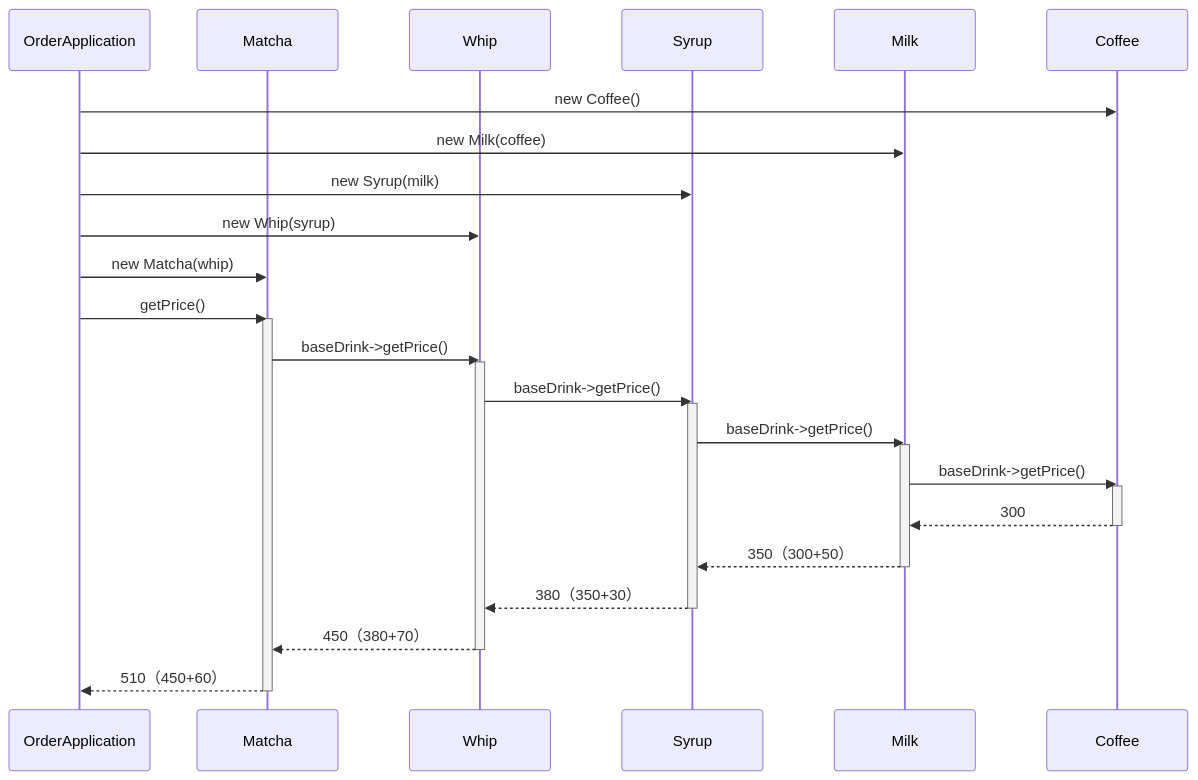
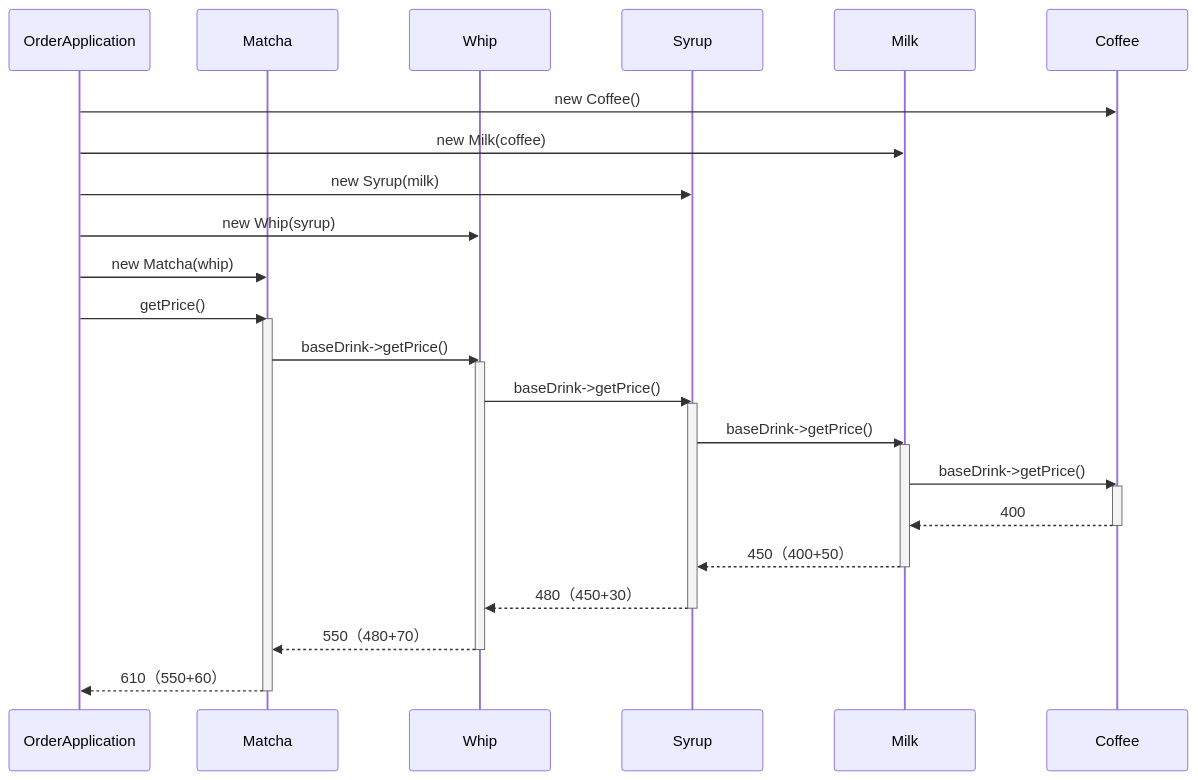
One commit to kumachan1101-pixel/DesignPattern changed the fourth of 6 diagrams in kindle/design-patterns/output/chapter06.md. Above: the diagram before and after it, drawn with Mermaid. The commit also changed other lines of this file and 1 other file, not shown here.

````diff
--- a/kindle/design-patterns/output/chapter06.md
+++ b/kindle/design-patterns/output/chapter06.md
@@ -1363,35 +1363,35 @@
 ```mermaid
 sequenceDiagram
     participant OA as OrderApplication
     participant Ma as Matcha
     participant Wh as Whip
     participant Sy as Syrup
     participant Mi as Milk
     participant C as Coffee
 
     OA->>C: new Coffee()
     OA->>Mi: new Milk(coffee)
     OA->>Sy: new Syrup(milk)
     OA->>Wh: new Whip(syrup)
     OA->>Ma: new Matcha(whip)
     OA->>Ma: getPrice()
     activate Ma
     Ma->>Wh: baseDrink->getPrice()
     activate Wh
     Wh->>Sy: baseDrink->getPrice()
     activate Sy
     Sy->>Mi: baseDrink->getPrice()
     activate Mi
     Mi->>C: baseDrink->getPrice()
     activate C
-    C-->>Mi: 300
+    C-->>Mi: 400
     deactivate C
-    Mi-->>Sy: 350（300+50）
+    Mi-->>Sy: 450（400+50）
     deactivate Mi
-    Sy-->>Wh: 380（350+30）
+    Sy-->>Wh: 480（450+30）
     deactivate Sy
-    Wh-->>Ma: 450（380+70）
+    Wh-->>Ma: 550（480+70）
     deactivate Wh
-    Ma-->>OA: 510（450+60）
+    Ma-->>OA: 610（550+60）
     deactivate Ma
 ```
````
